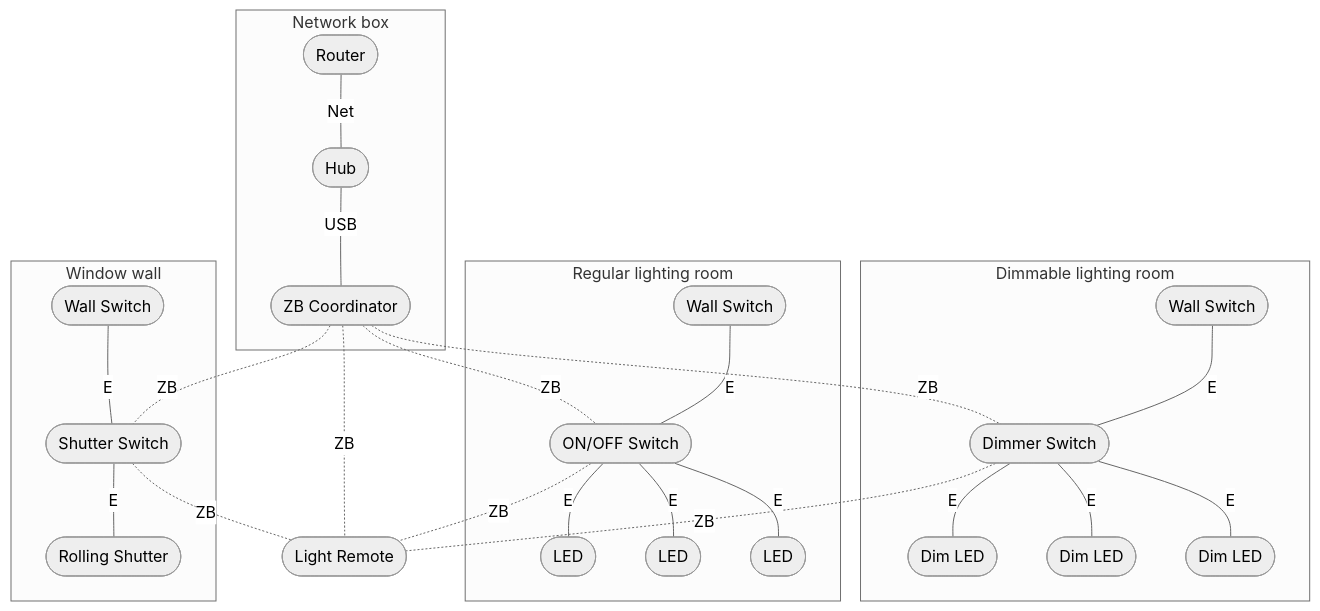
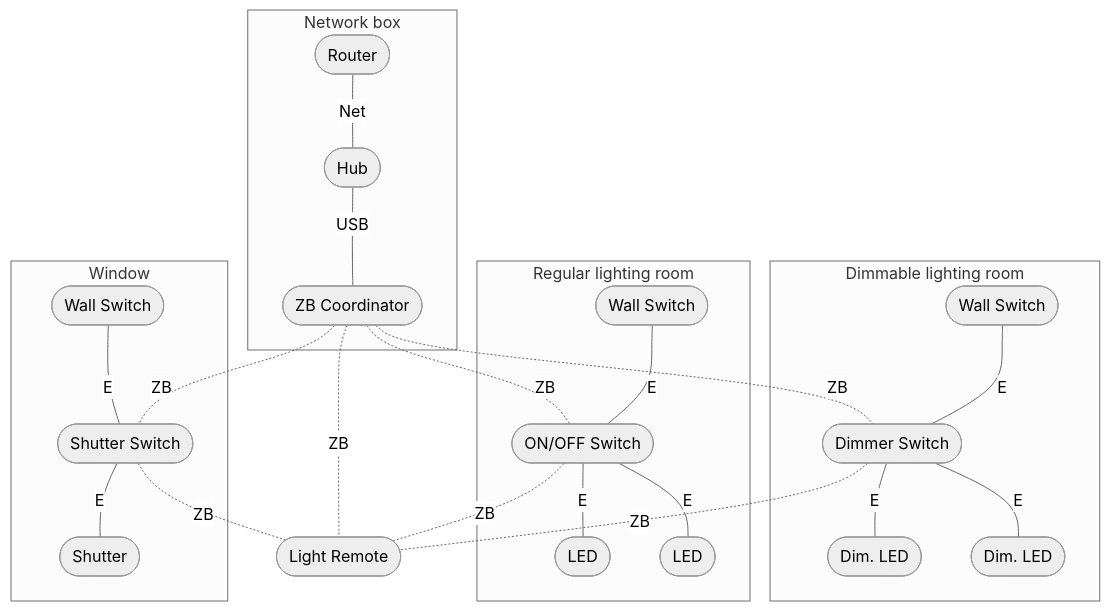
One commit to freenandes/topo-da-mente changed the diagram in content/note/connected-home-switches.md. Above: the diagram before and after it, drawn with Mermaid (neutral theme).

Commit message:
Dec 21, 2023, 8:10 AM

````diff
--- a/content/note/connected-home-switches.md
+++ b/content/note/connected-home-switches.md
@@ -73,33 +73,31 @@
 ```mermaid
 flowchart TB
 subgraph nwb[Network box]
   iro([Router]) --Net---
   hub([Hub]) --USB---
   coo([ZB Coordinator])
 end
 coo -.ZB.- rem([Light Remote])
 subgraph con[Dimmable lighting room]
-  dsw([Dimmer Switch]) --E--- ll1([Dim LED])
-  dsw --E--- ll2([Dim LED])
-  dsw --E--- ll3([Dim LED])
+  dsw([Dimmer Switch]) --E--- ll1([Dim. LED])
+  dsw --E--- ll2([Dim. LED])
   wls([Wall Switch])
 end
 coo -.ZB.- dsw
 dsw -.ZB.- rem
 wls --E--- dsw
 subgraph reg[Regular lighting room]
   oos([ON/OFF Switch]) --E--- ll4([LED])
   oos --E--- ll5([LED])
-  oos --E--- ll6([LED])
   rws([Wall Switch])
 end
 coo -.ZB.- oos
 oos -.ZB.- rem
 rws --E--- oos
-subgraph win[Window wall]
-  shs([Shutter Switch]) --E--- shu([Rolling Shutter])
+subgraph win[Window]
+  shs([Shutter Switch]) --E--- shu([Shutter])
   wss([Wall Switch]) --E--- shs
 end
 coo -.ZB.- shs
 shs -.ZB.- rem
 ```
````
